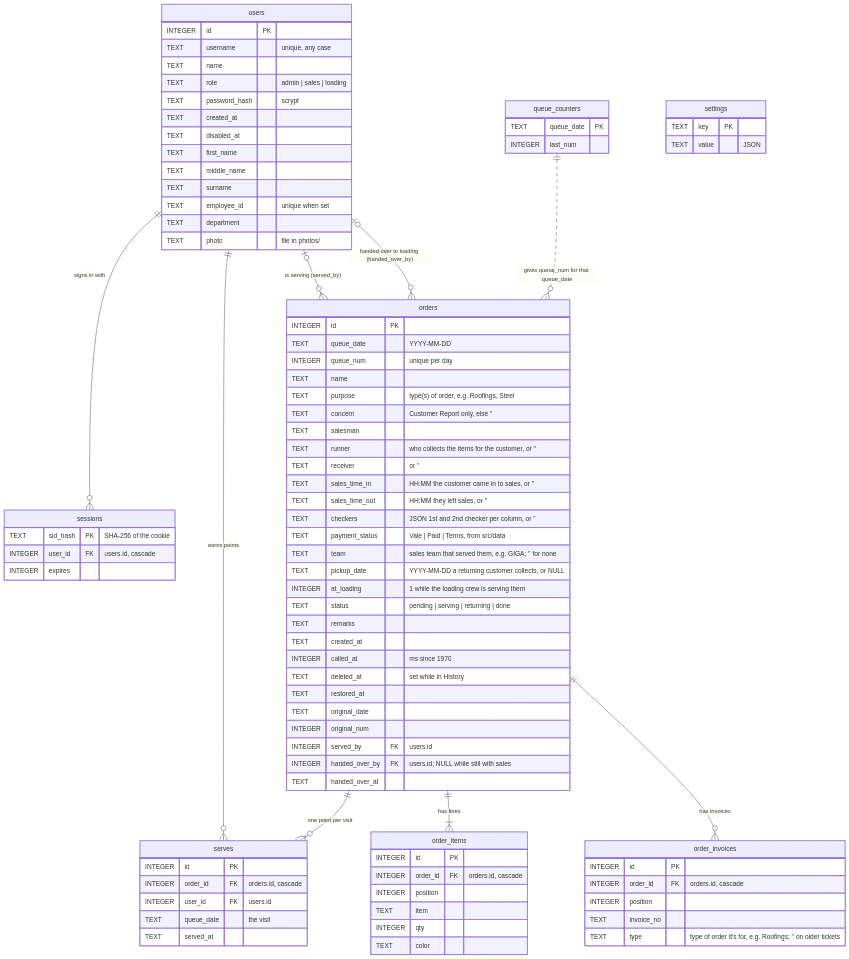
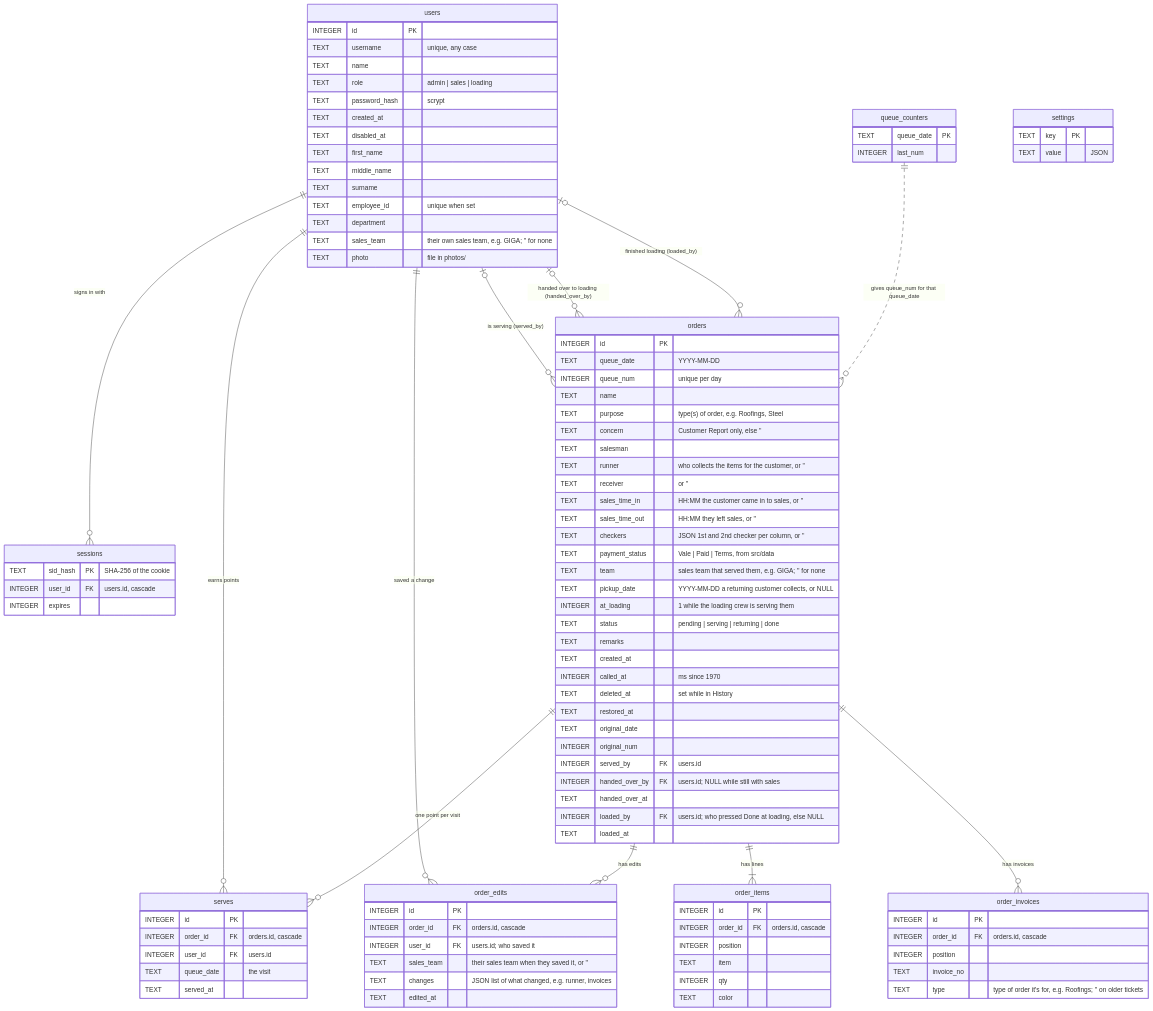
One commit to gabrielgutz18/Sheehan-QMS changed the second of 2 diagrams in DATABASE.md. Above: the diagram before and after it, drawn with Mermaid. The commit also changed other lines of this file and 25 other files, not shown here.

First line of the commit message:
Added: Edited by on orders, staff sales teams and Loaded by

```diff
--- a/DATABASE.md
+++ b/DATABASE.md
@@ -216,6 +218,9 @@
     users ||--o{ serves : "earns points"
     users |o--o{ orders : "is serving (served_by)"
     users |o--o{ orders : "handed over to loading (handed_over_by)"
+    users |o--o{ orders : "finished loading (loaded_by)"
+    users ||--o{ order_edits : "saved a change"
+    orders ||--o{ order_edits : "has edits"
     orders ||--|{ order_items : "has lines"
     orders ||--o{ order_invoices : "has invoices"
     orders ||--o{ serves : "one point per visit"
@@ -249,6 +254,8 @@
         INTEGER served_by FK "users.id"
         INTEGER handed_over_by FK "users.id; NULL while still with sales"
         TEXT handed_over_at
+        INTEGER loaded_by FK "users.id; who pressed Done at loading, else NULL"
+        TEXT loaded_at
     }
     order_items {
         INTEGER id PK
@@ -264,6 +271,14 @@
         INTEGER position
         TEXT invoice_no
         TEXT type "type of order it's for, e.g. Roofings; '' on older tickets"
+    }
+    order_edits {
+        INTEGER id PK
+        INTEGER order_id FK "orders.id, cascade"
+        INTEGER user_id FK "users.id; who saved it"
+        TEXT sales_team "their sales team when they saved it, or ''"
+        TEXT changes "JSON list of what changed, e.g. runner, invoices"
+        TEXT edited_at
     }
     queue_counters {
         TEXT queue_date PK
@@ -282,6 +297,7 @@
         TEXT surname
         TEXT employee_id "unique when set"
         TEXT department
+        TEXT sales_team "their own sales team, e.g. GIGA; '' for none"
         TEXT photo "file in photos/"
     }
     sessions {
```
